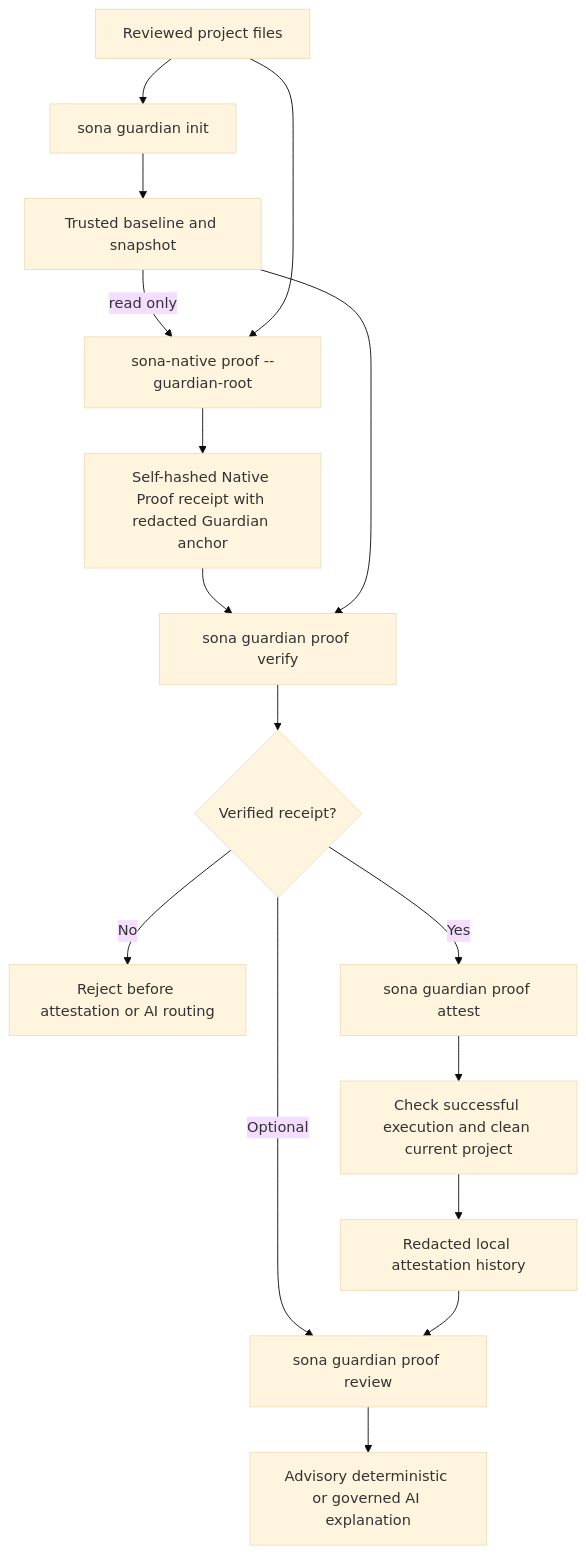
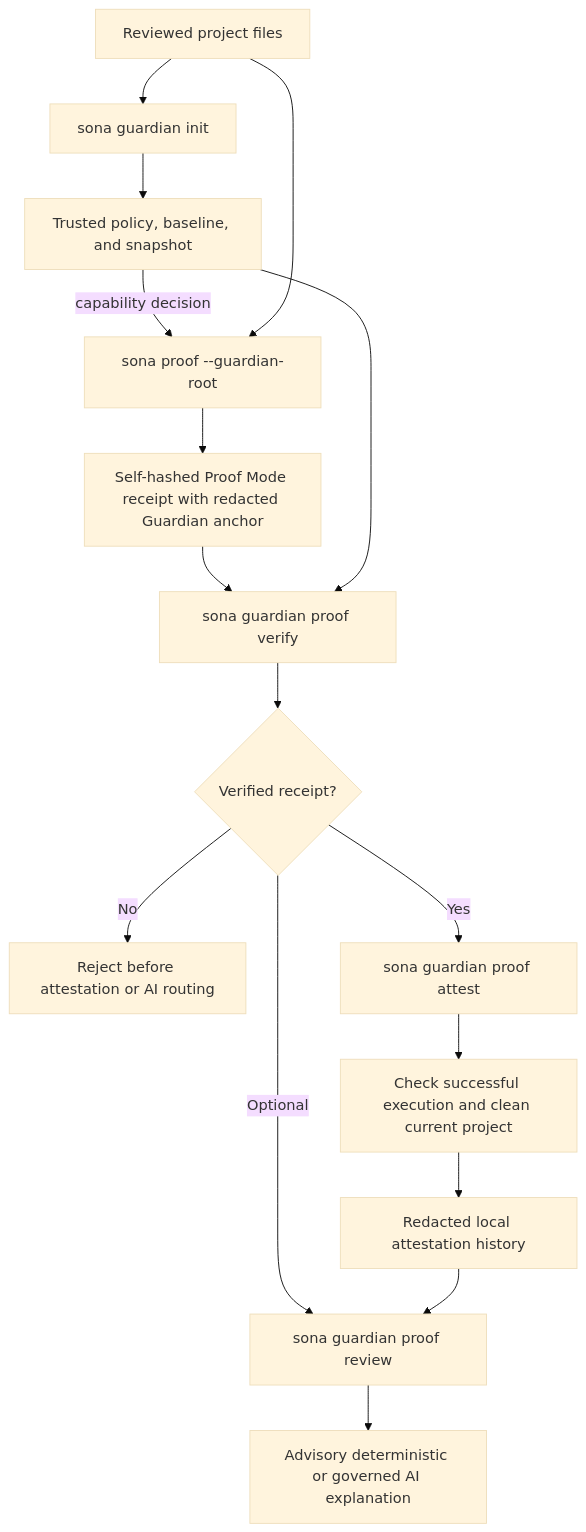
Before and after one commit to Bryantad/Sona: the diagram in docs/guides/proof-and-guardian.md, drawn with Mermaid (base theme). The commit also changed other lines of this file and 137 other files, not shown here.

Commit message:
release: Sona 0.15.5 Trusted Developer Workflow

````diff
--- a/docs/guides/proof-and-guardian.md
+++ b/docs/guides/proof-and-guardian.md
@@ -19,18 +25,18 @@
 ```mermaid
 flowchart TD
     A["Reviewed project files"] --> B["sona guardian init"]
-    B --> C["Trusted baseline and snapshot"]
-    C -->|"read only"| D["sona-native proof --guardian-root"]
+    B --> C["Trusted policy, baseline, and snapshot"]
+    C -->|"capability decision"| D["sona proof --guardian-root"]
     A --> D
-    D --> E["Self-hashed Native Proof receipt with redacted Guardian anchor"]
+    D --> E["Self-hashed Proof Mode receipt with redacted Guardian anchor"]
     E --> F["sona guardian proof verify"]
     C --> F
     F --> G{"Verified receipt?"}
     G -->|"No"| H["Reject before attestation or AI routing"]
     G -->|"Yes"| I["sona guardian proof attest"]
     I --> J["Check successful execution and clean current project"]
     J --> K["Redacted local attestation history"]
     G -->|"Optional"| L["sona guardian proof review"]
     K --> L
     L --> M["Advisory deterministic or governed AI explanation"]
 ```
````
